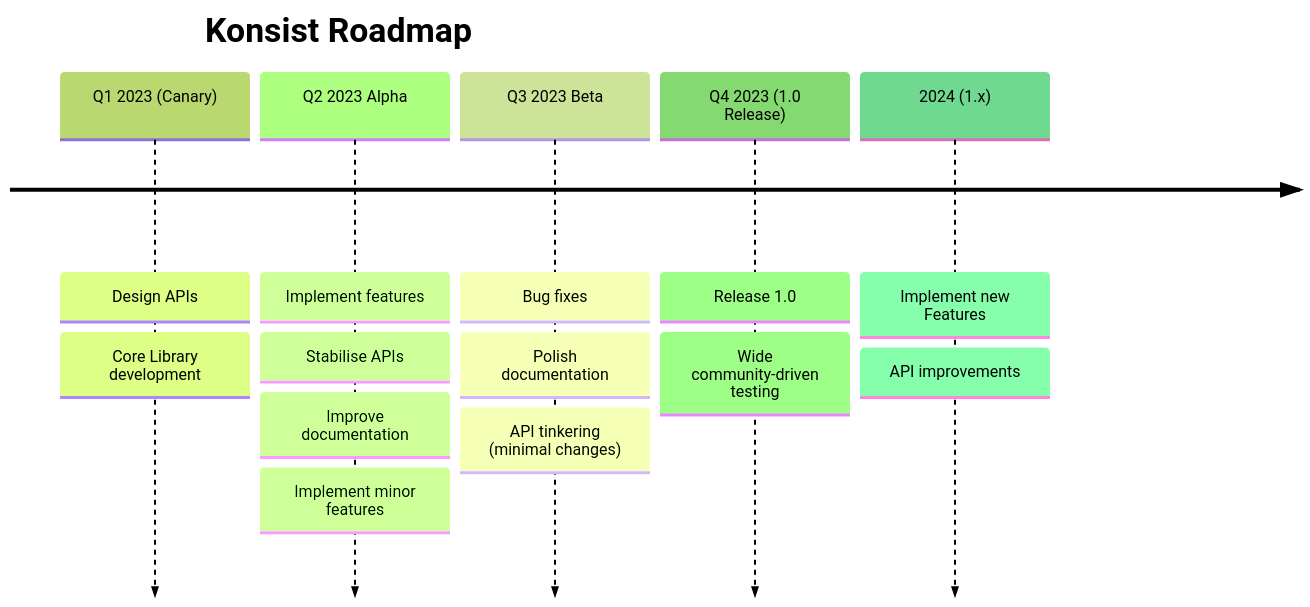
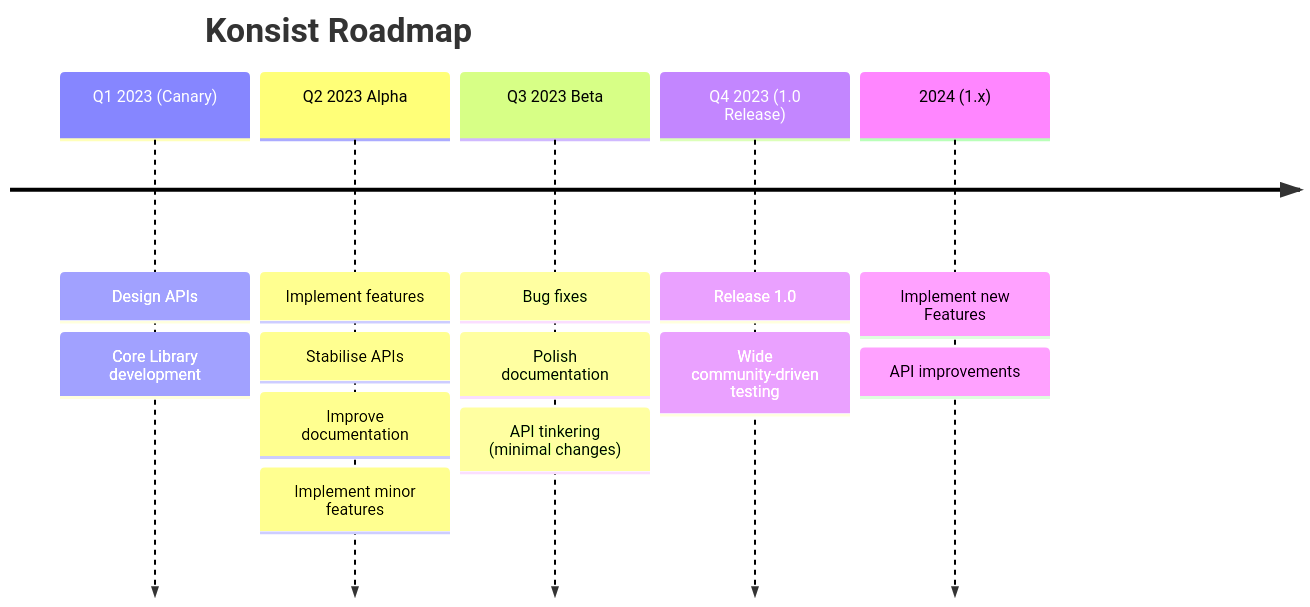
The diagram in getting-started/project-roadmap.md (LemonAppDev/konsist-documentation), drawn with Mermaid before and after one commit.

Commit message:
GITBOOK-67: change request with no subject merged in GitBook

````diff
--- a/getting-started/project-roadmap.md
+++ b/getting-started/project-roadmap.md
@@ -7,18 +7,17 @@
 ```mermaid
-%%{init: { 'theme': 'forest' }}%%
 timeline
     title Konsist Roadmap
     Q1 2023 (Canary): Design APIs
     : Core Library development
     Q2 2023 Alpha: Implement features
             : Stabilise APIs
             : Improve documentation
             : Implement minor features
     Q3 2023 Beta: Bug fixes
             : Polish documentation
             : API tinkering (minimal changes)
     Q4 2023 (1.0 Release): Release 1.0
     : Wide community-driven testing
     2024 (1.x): Implement new Features
     : API improvements 
 ```
````
